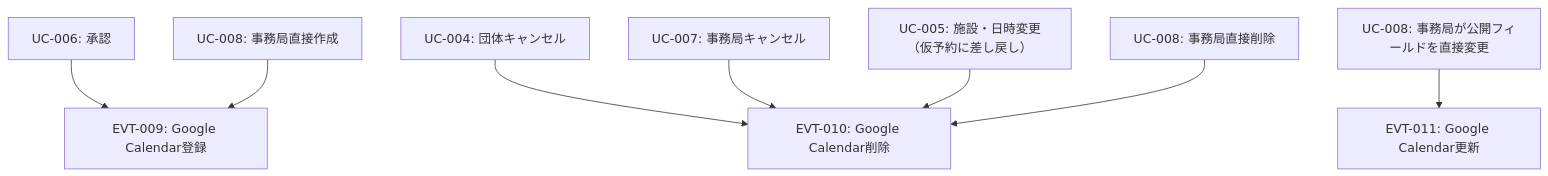
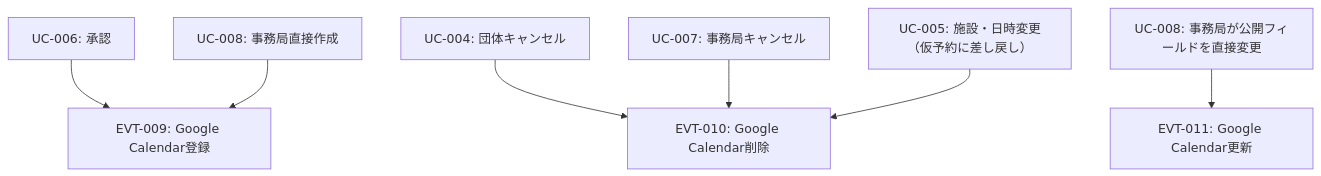
Before and after one commit to gdsc-osaka/iclub-reserve: the second of 2 diagrams in rdra/contexts/calendar-integration.md, drawn with Mermaid. The commit also changed other lines of this file and 13 other files, not shown here.

````diff
--- a/rdra/contexts/calendar-integration.md
+++ b/rdra/contexts/calendar-integration.md
@@ -101,10 +101,9 @@
 ```mermaid
 graph TB
     uc006["UC-006: 承認"] --> evt009["EVT-009: Google Calendar登録"]
     uc008c["UC-008: 事務局直接作成"] --> evt009
     uc004["UC-004: 団体キャンセル"] --> evt010["EVT-010: Google Calendar削除"]
     uc007["UC-007: 事務局キャンセル"] --> evt010
     uc005["UC-005: 施設・日時変更（仮予約に差し戻し）"] --> evt010
-    uc008d["UC-008: 事務局直接削除"] --> evt010
     uc008u["UC-008: 事務局が公開フィールドを直接変更"] --> evt011["EVT-011: Google Calendar更新"]
 ```
````
